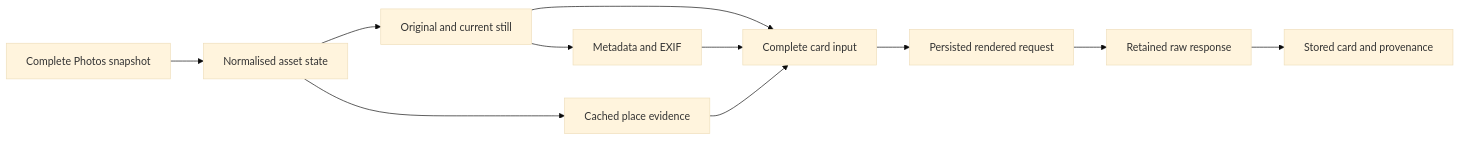
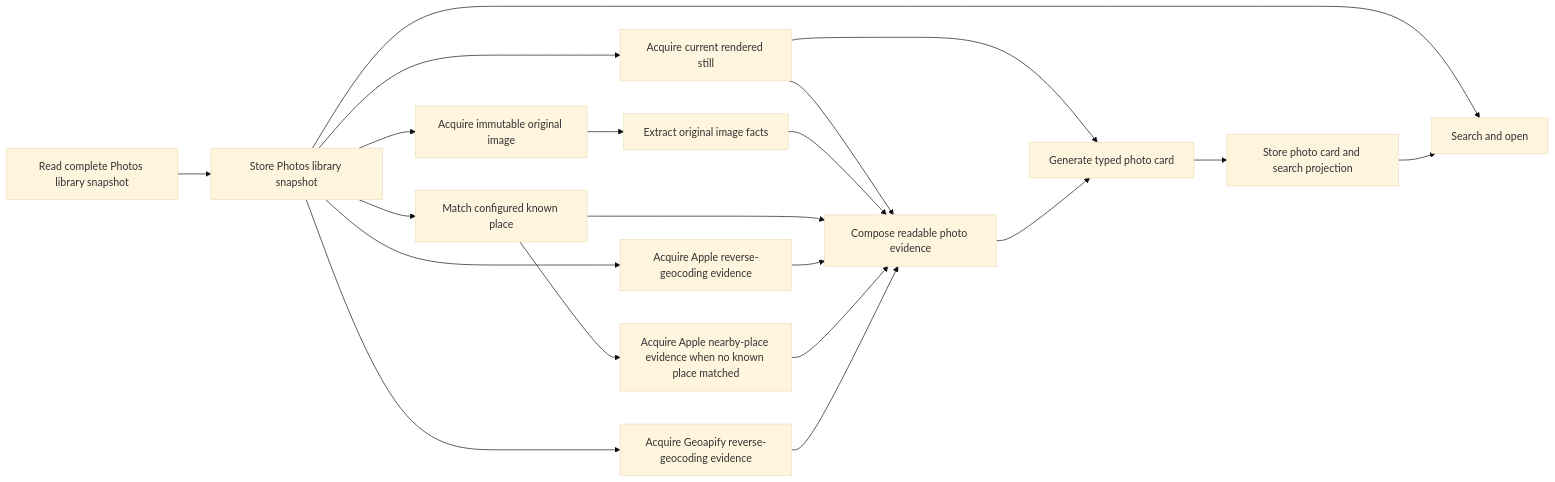
Before and after one commit to opentrawl/opentrawl: the diagram in trawlers/photos/docs/architecture.md, drawn with Mermaid (base theme). The commit also changed other lines of this file and 1 other file, not shown here.

Commit message:
Document Photos v1 dependency graph

````diff
--- a/trawlers/photos/docs/architecture.md
+++ b/trawlers/photos/docs/architecture.md
@@ -16,13 +21,22 @@
 ```mermaid
 flowchart LR
-    source["Complete Photos snapshot"] --> asset["Normalised asset state"]
-    asset --> media["Original and current still"]
-    media --> metadata["Metadata and EXIF"]
-    asset --> place["Cached place evidence"]
-    media --> input["Complete card input"]
-    metadata --> input
-    place --> input
-    input --> request["Persisted rendered request"]
-    request --> response["Retained raw response"]
-    response --> card["Stored card and provenance"]
+    snapshot["Read complete Photos library snapshot"] --> index["Store Photos library snapshot"]
+    index --> current["Acquire current rendered still"]
+    index --> original["Acquire immutable original image"]
+    original --> facts["Extract original image facts"]
+    index --> known["Match configured known place"]
+    index --> appleReverse["Acquire Apple reverse-geocoding evidence"]
+    known --> appleNearby["Acquire Apple nearby-place evidence when no known place matched"]
+    index --> geoapify["Acquire Geoapify reverse-geocoding evidence"]
+    current --> readable["Compose readable photo evidence"]
+    facts --> readable
+    known --> readable
+    appleReverse --> readable
+    appleNearby --> readable
+    geoapify --> readable
+    current --> card["Generate typed photo card"]
+    readable --> card
+    card --> store["Store photo card and search projection"]
+    index --> query["Search and open"]
+    store --> query
 ```
````
